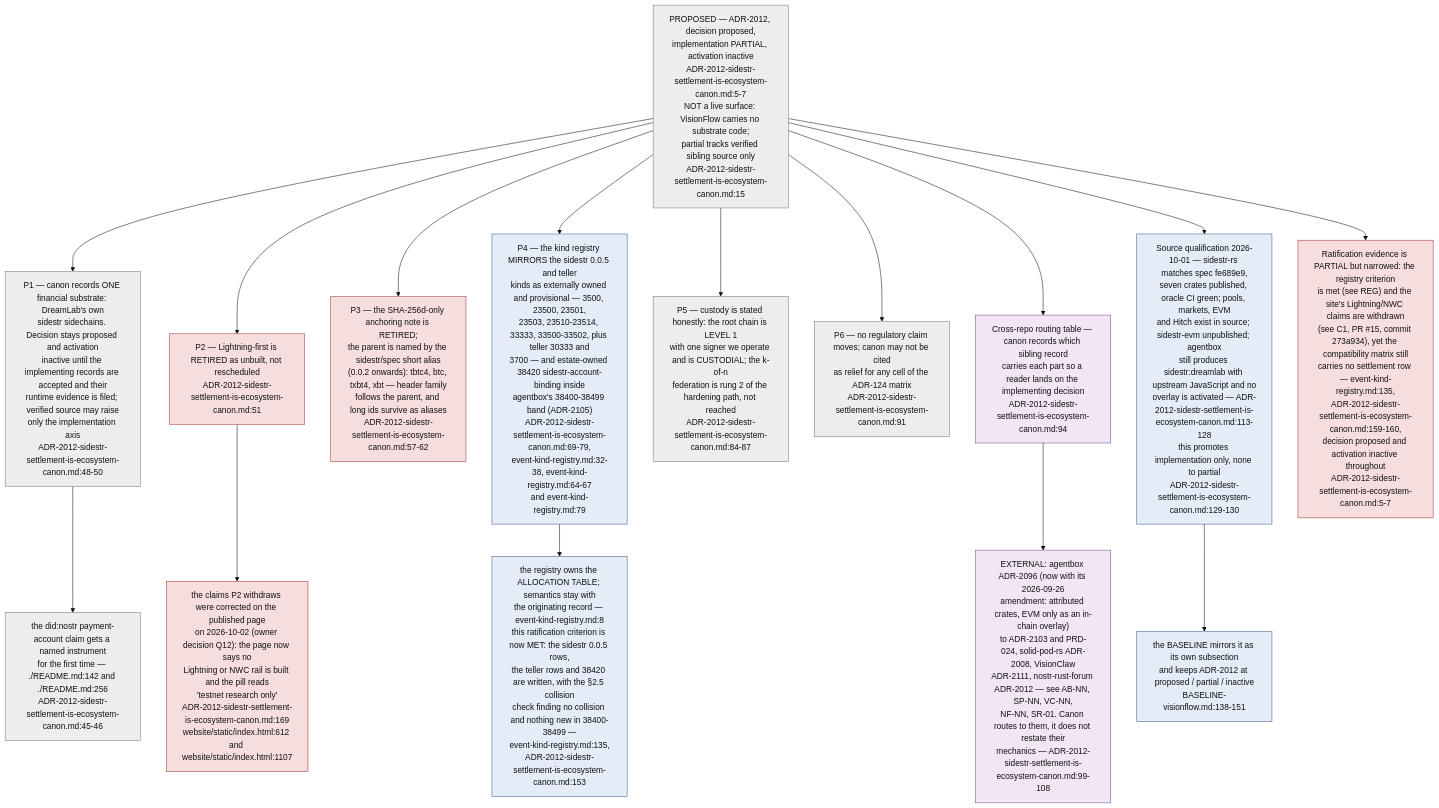
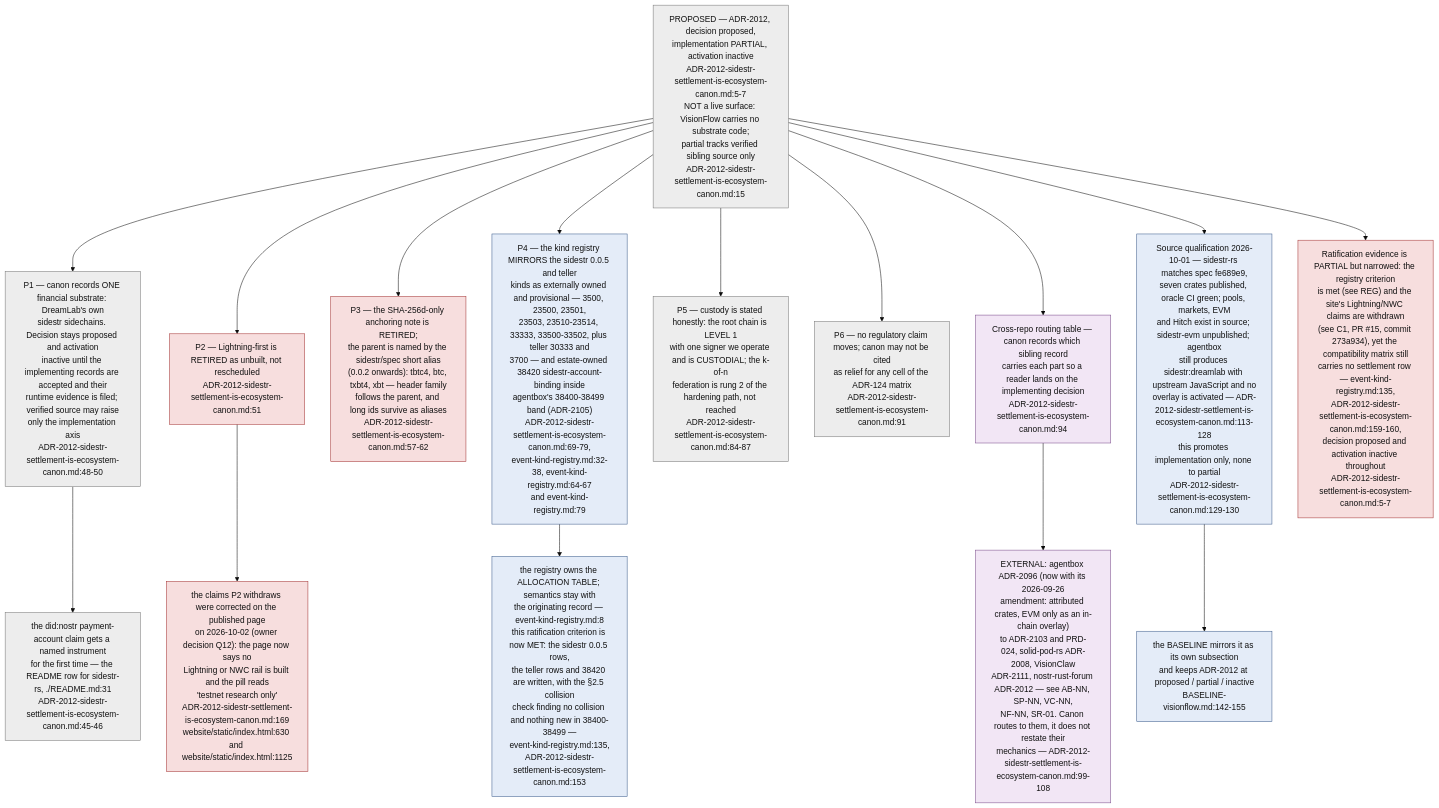
The tenth of 11 diagrams in docs/diagrams/visionflow/01-repo-composition-and-canon.md (DreamLab-AI/VisionFlow), drawn with Mermaid (base theme) before and after one commit. The commit also changed other lines of this file and 160 other files, not shown here.

````diff
--- a/docs/diagrams/visionflow/01-repo-composition-and-canon.md
+++ b/docs/diagrams/visionflow/01-repo-composition-and-canon.md
@@ -380,33 +380,33 @@
 ```mermaid
 flowchart TB
     classDef prop fill:#ededed,stroke:#777,color:#111
     classDef retire fill:#f7dede,stroke:#a33333,color:#111
     classDef ext fill:#f2e6f5,stroke:#7a4a8a,color:#111
     classDef tbl fill:#e4ecf8,stroke:#3a5a8a,color:#111
 
     REC["PROPOSED — ADR-2012, decision proposed,<br/>implementation PARTIAL, activation inactive<br/>ADR-2012-sidestr-settlement-is-ecosystem-canon.md:5-7<br/>NOT a live surface: VisionFlow carries no substrate code;<br/>partial tracks verified sibling source only<br/>ADR-2012-sidestr-settlement-is-ecosystem-canon.md:15"]:::prop
 
     REC --> P1["P1 — canon records ONE financial substrate: DreamLab's own<br/>sidestr sidechains. Decision stays proposed and activation<br/>inactive until the implementing records are accepted and their<br/>runtime evidence is filed; verified source may raise<br/>only the implementation axis<br/>ADR-2012-sidestr-settlement-is-ecosystem-canon.md:48-50"]:::prop
     REC --> P2["P2 — Lightning-first is RETIRED as unbuilt, not rescheduled<br/>ADR-2012-sidestr-settlement-is-ecosystem-canon.md:51"]:::retire
     REC --> P3["P3 — the SHA-256d-only anchoring note is RETIRED;<br/>the parent is named by the sidestr/spec short alias<br/>(0.0.2 onwards): tbtc4, btc, txbt4, xbt — header family<br/>follows the parent, and long ids survive as aliases<br/>ADR-2012-sidestr-settlement-is-ecosystem-canon.md:57-62"]:::retire
     REC --> P4["P4 — the kind registry MIRRORS the sidestr 0.0.5 and teller<br/>kinds as externally owned and provisional — 3500, 23500, 23501,<br/>23503, 23510-23514, 33333, 33500-33502, plus teller 30333 and<br/>3700 — and estate-owned 38420 sidestr-account-binding inside<br/>agentbox's 38400-38499 band (ADR-2105)<br/>ADR-2012-sidestr-settlement-is-ecosystem-canon.md:69-79,<br/>event-kind-registry.md:32-38, event-kind-registry.md:64-67<br/>and event-kind-registry.md:79"]:::tbl
     REC --> P5["P5 — custody is stated honestly: the root chain is LEVEL 1<br/>with one signer we operate and is CUSTODIAL; the k-of-n<br/>federation is rung 2 of the hardening path, not reached<br/>ADR-2012-sidestr-settlement-is-ecosystem-canon.md:84-87"]:::prop
     REC --> P6["P6 — no regulatory claim moves; canon may not be cited<br/>as relief for any cell of the ADR-124 matrix<br/>ADR-2012-sidestr-settlement-is-ecosystem-canon.md:91"]:::prop
 
-    P2 --> C1["the claims P2 withdraws were corrected on the published page<br/>on 2026-10-02 (owner decision Q12): the page now says no<br/>Lightning or NWC rail is built and the pill reads<br/>'testnet research only'<br/>ADR-2012-sidestr-settlement-is-ecosystem-canon.md:169<br/>website/static/index.html:612 and website/static/index.html:1107"]:::retire
-    P1 --> C2["the did:nostr payment-account claim gets a named instrument<br/>for the first time — ./README.md:142 and ./README.md:256<br/>ADR-2012-sidestr-settlement-is-ecosystem-canon.md:45-46"]:::prop
+    P2 --> C1["the claims P2 withdraws were corrected on the published page<br/>on 2026-10-02 (owner decision Q12): the page now says no<br/>Lightning or NWC rail is built and the pill reads<br/>'testnet research only'<br/>ADR-2012-sidestr-settlement-is-ecosystem-canon.md:169<br/>website/static/index.html:630 and website/static/index.html:1125"]:::retire
+    P1 --> C2["the did:nostr payment-account claim gets a named instrument<br/>for the first time — the README row for sidestr-rs, ./README.md:31<br/>ADR-2012-sidestr-settlement-is-ecosystem-canon.md:45-46"]:::prop
 
     P4 --> REG["the registry owns the ALLOCATION TABLE; semantics stay with<br/>the originating record — event-kind-registry.md:8<br/>this ratification criterion is now MET: the sidestr 0.0.5 rows,<br/>the teller rows and 38420 are written, with the §2.5 collision<br/>check finding no collision and nothing new in 38400-38499 —<br/>event-kind-registry.md:135,<br/>ADR-2012-sidestr-settlement-is-ecosystem-canon.md:153"]:::tbl
 
     ROUTE["Cross-repo routing table — canon records which sibling record<br/>carries each part so a reader lands on the implementing decision<br/>ADR-2012-sidestr-settlement-is-ecosystem-canon.md:94"]:::ext
     REC --> ROUTE
     ROUTE --> EXT1["EXTERNAL: agentbox ADR-2096 (now with its 2026-09-26<br/>amendment: attributed crates, EVM only as an in-chain overlay)<br/>to ADR-2103 and PRD-024, solid-pod-rs ADR-2008, VisionClaw<br/>ADR-2111, nostr-rust-forum ADR-2012 — see AB-NN, SP-NN, VC-NN,<br/>NF-NN, SR-01. Canon routes to them, it does not restate their<br/>mechanics — ADR-2012-sidestr-settlement-is-ecosystem-canon.md:99-108"]:::ext
 
     QUAL["Source qualification 2026-10-01 — sidestr-rs matches spec fe689e9,<br/>seven crates published, oracle CI green; pools, markets, EVM<br/>and Hitch exist in source; sidestr-evm unpublished; agentbox<br/>still produces sidestr:dreamlab with upstream JavaScript and no<br/>overlay is activated — ADR-2012-sidestr-settlement-is-ecosystem-canon.md:113-128<br/>this promotes implementation only, none to partial<br/>ADR-2012-sidestr-settlement-is-ecosystem-canon.md:129-130"]:::tbl
     REC --> QUAL
-    BASEL["the BASELINE mirrors it as its own subsection<br/>and keeps ADR-2012 at proposed / partial / inactive<br/>BASELINE-visionflow.md:138-151"]:::tbl
+    BASEL["the BASELINE mirrors it as its own subsection<br/>and keeps ADR-2012 at proposed / partial / inactive<br/>BASELINE-visionflow.md:142-155"]:::tbl
     QUAL --> BASEL
 
     VER["Ratification evidence is PARTIAL but narrowed: the registry criterion<br/>is met (see REG) and the site's Lightning/NWC claims are withdrawn<br/>(see C1, PR #15, commit 273a934), yet the compatibility matrix still<br/>carries no settlement row — event-kind-registry.md:135,<br/>ADR-2012-sidestr-settlement-is-ecosystem-canon.md:159-160,<br/>decision proposed and activation inactive throughout<br/>ADR-2012-sidestr-settlement-is-ecosystem-canon.md:5-7"]:::retire
     REC --> VER
 ```
````
